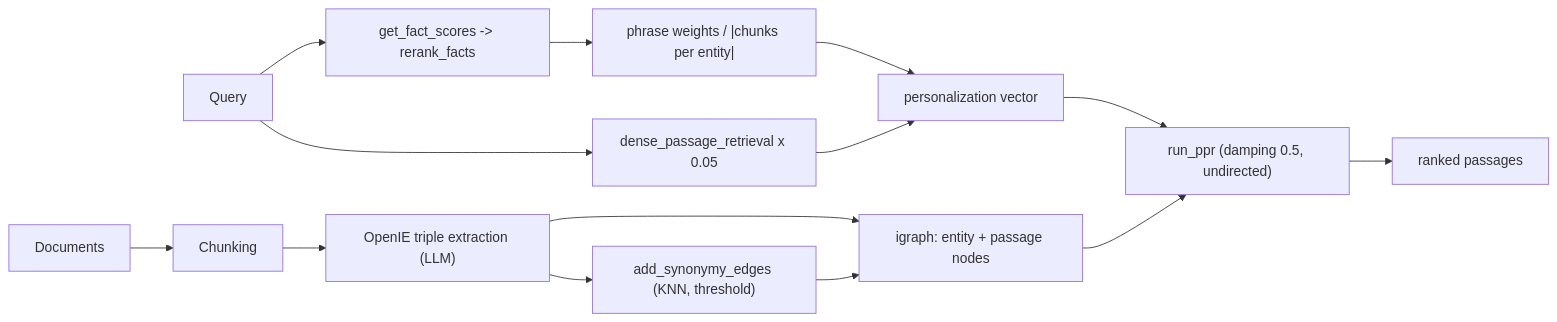
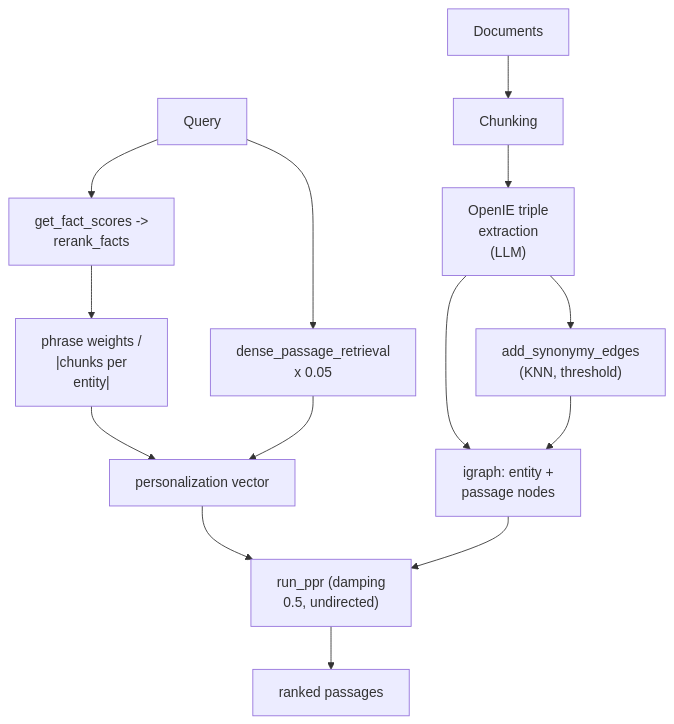
The diagram in content/systems/hipporag.md (neoneye/agent-memory-atlas), drawn with Mermaid before and after one commit. The commit also changed 99 other files, not shown here.

First line of the commit message:
Reshape the remaining 49 diagrams so their labels are legible

````diff
--- a/content/systems/hipporag.md
+++ b/content/systems/hipporag.md
@@ -95,16 +95,16 @@
 ```mermaid
-flowchart LR
+flowchart TD
   Docs["Documents"] --> Chunk["Chunking"]
-  Chunk --> OpenIE["OpenIE triple extraction (LLM)"]
-  OpenIE --> Graph["igraph: entity + passage nodes"]
-  OpenIE --> Syn["add_synonymy_edges (KNN, threshold)"]
+  Chunk --> OpenIE["OpenIE triple<br/>extraction<br/>(LLM)"]
+  OpenIE --> Graph["igraph: entity +<br/>passage nodes"]
+  OpenIE --> Syn["add_synonymy_edges<br/>(KNN, threshold)"]
   Syn --> Graph
-  Query["Query"] --> Facts["get_fact_scores -> rerank_facts"]
-  Facts --> Seed["phrase weights / |chunks per entity|"]
-  Query --> DPR["dense_passage_retrieval x 0.05"]
+  Query["Query"] --> Facts["get_fact_scores -><br/>rerank_facts"]
+  Facts --> Seed["phrase weights /<br/>|chunks per<br/>entity|"]
+  Query --> DPR["dense_passage_retrieval<br/>x 0.05"]
   Seed --> Vec["personalization vector"]
   DPR --> Vec
-  Vec --> PPR["run_ppr (damping 0.5, undirected)"]
+  Vec --> PPR["run_ppr (damping<br/>0.5, undirected)"]
   Graph --> PPR
   PPR --> Ranked["ranked passages"]
 ```
````
